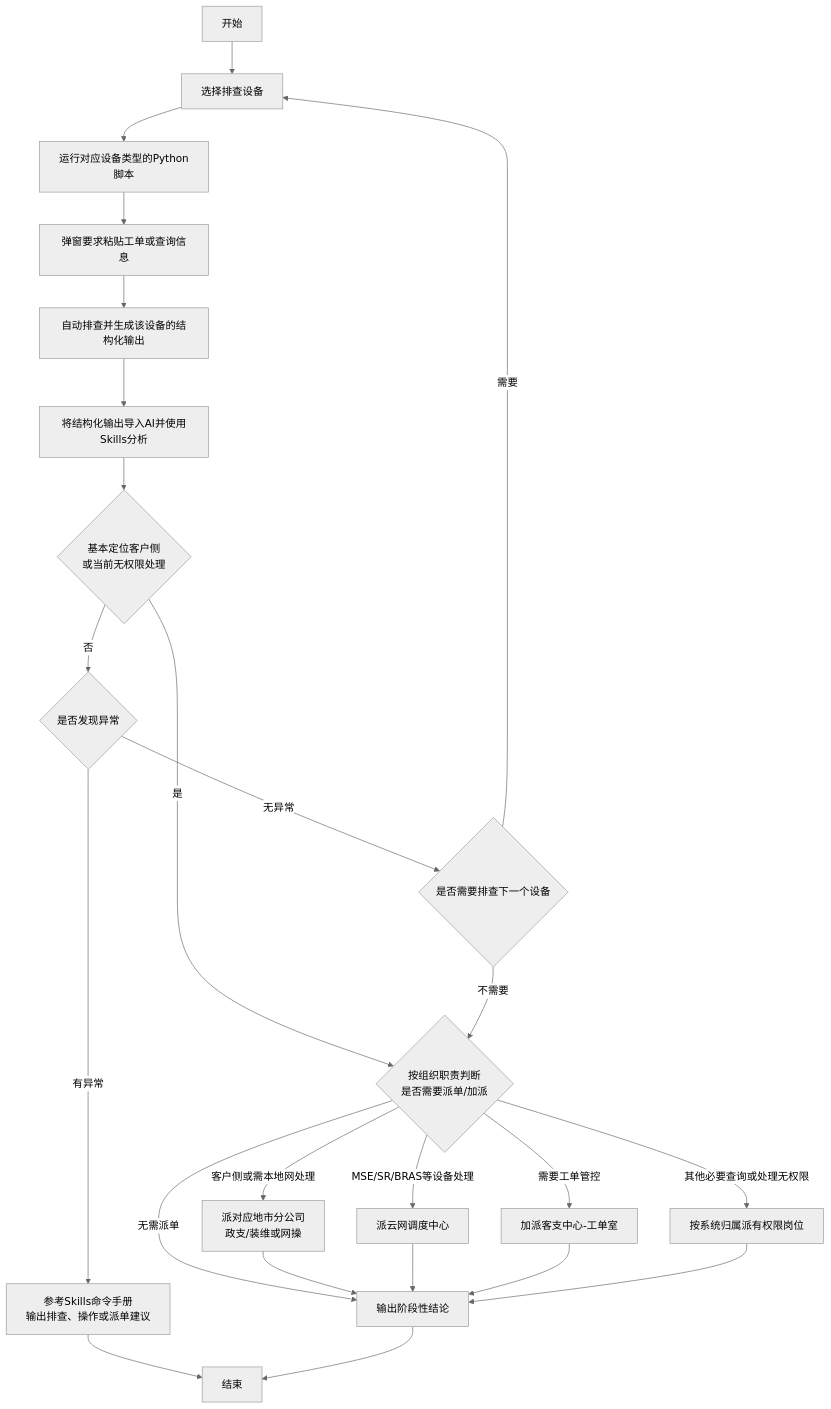
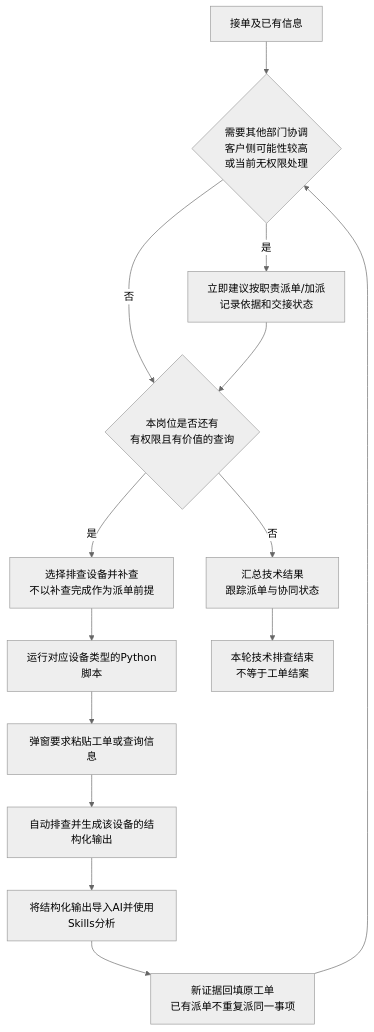
The diagram in skills/internet-dedicated-line-fault-handling/references/总纲处理流程.md (tanqizhi/my_skill), drawn with Mermaid (neutral theme) before and after one commit. The commit also changed other lines of this file and 8 other files, not shown here.

````diff
--- a/skills/internet-dedicated-line-fault-handling/references/总纲处理流程.md
+++ b/skills/internet-dedicated-line-fault-handling/references/总纲处理流程.md
@@ -13,28 +13,16 @@
 ```mermaid
 flowchart TB
-    Start[开始] --> A[选择排查设备]
+    Start[接单及已有信息] --> DispatchCheck{需要其他部门协调<br/>客户侧可能性较高<br/>或当前无权限处理}
+    DispatchCheck -->|是| Dispatch[立即建议按职责派单/加派<br/>记录依据和交接状态]
+    DispatchCheck -->|否| Continue{本岗位是否还有<br/>有权限且有价值的查询}
+    Dispatch --> Continue
+    Continue -->|是| A[选择排查设备并补查<br/>不以补查完成作为派单前提]
+    Continue -->|否| Summary[汇总技术结果<br/>跟踪派单与协同状态]
     A --> Script[运行对应设备类型的Python脚本]
     Script --> Input[弹窗要求粘贴工单或查询信息]
     Input --> Check[自动排查并生成该设备的结构化输出]
     Check --> AI[将结构化输出导入AI并使用Skills分析]
-    AI --> Stop{基本定位客户侧<br/>或当前无权限处理}
-    Stop -->|是| Dispatch
-    Stop -->|否| B{是否发现异常}
-
-    B -->|有异常| Advice[参考Skills命令手册<br/>输出排查、操作或派单建议]
-    Advice --> End[结束]
-
-    B -->|无异常| C{是否需要排查下一个设备}
-    C -->|需要| A
-    C -->|不需要| Dispatch{按组织职责判断<br/>是否需要派单/加派}
-    Dispatch -->|客户侧或需本地网处理| Local[派对应地市分公司<br/>政支/装维或网操]
-    Dispatch -->|MSE/SR/BRAS等设备处理| Cloud[派云网调度中心]
-    Dispatch -->|其他必要查询或处理无权限| Owner[按系统归属派有权限岗位]
-    Dispatch -->|需要工单管控| Workroom[加派客支中心-工单室]
-    Dispatch -->|无需派单| Summary[输出阶段性结论]
-    Local --> Summary
-    Cloud --> Summary
-    Workroom --> Summary
-    Owner --> Summary
-    Summary --> End
+    AI --> Update[新证据回填原工单<br/>已有派单不重复派同一事项]
+    Update --> DispatchCheck
+    Summary --> End[本轮技术排查结束<br/>不等于工单结案]
 ```
````
